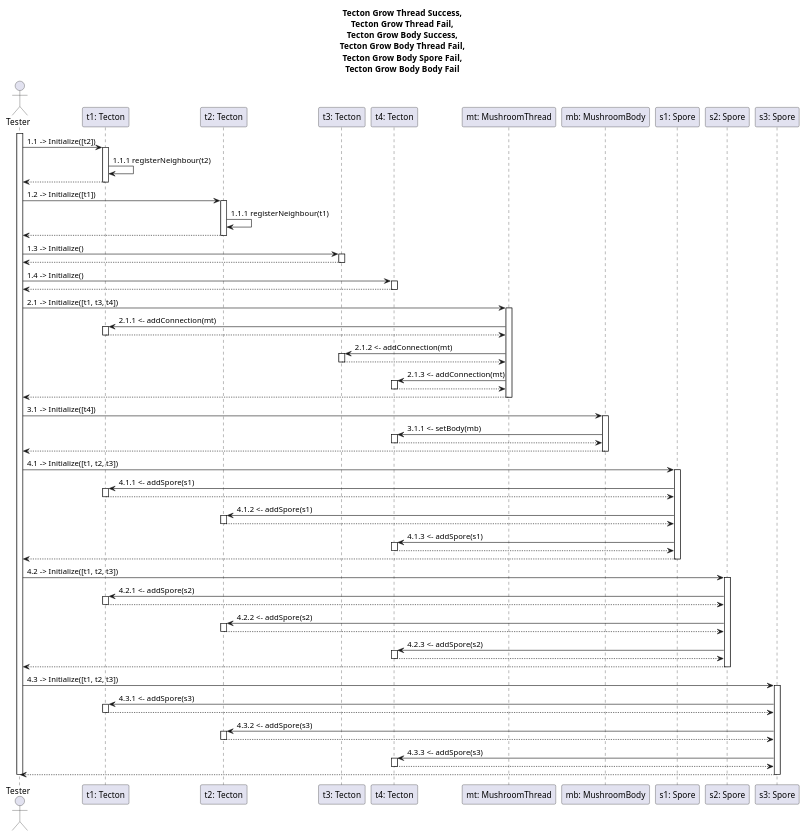
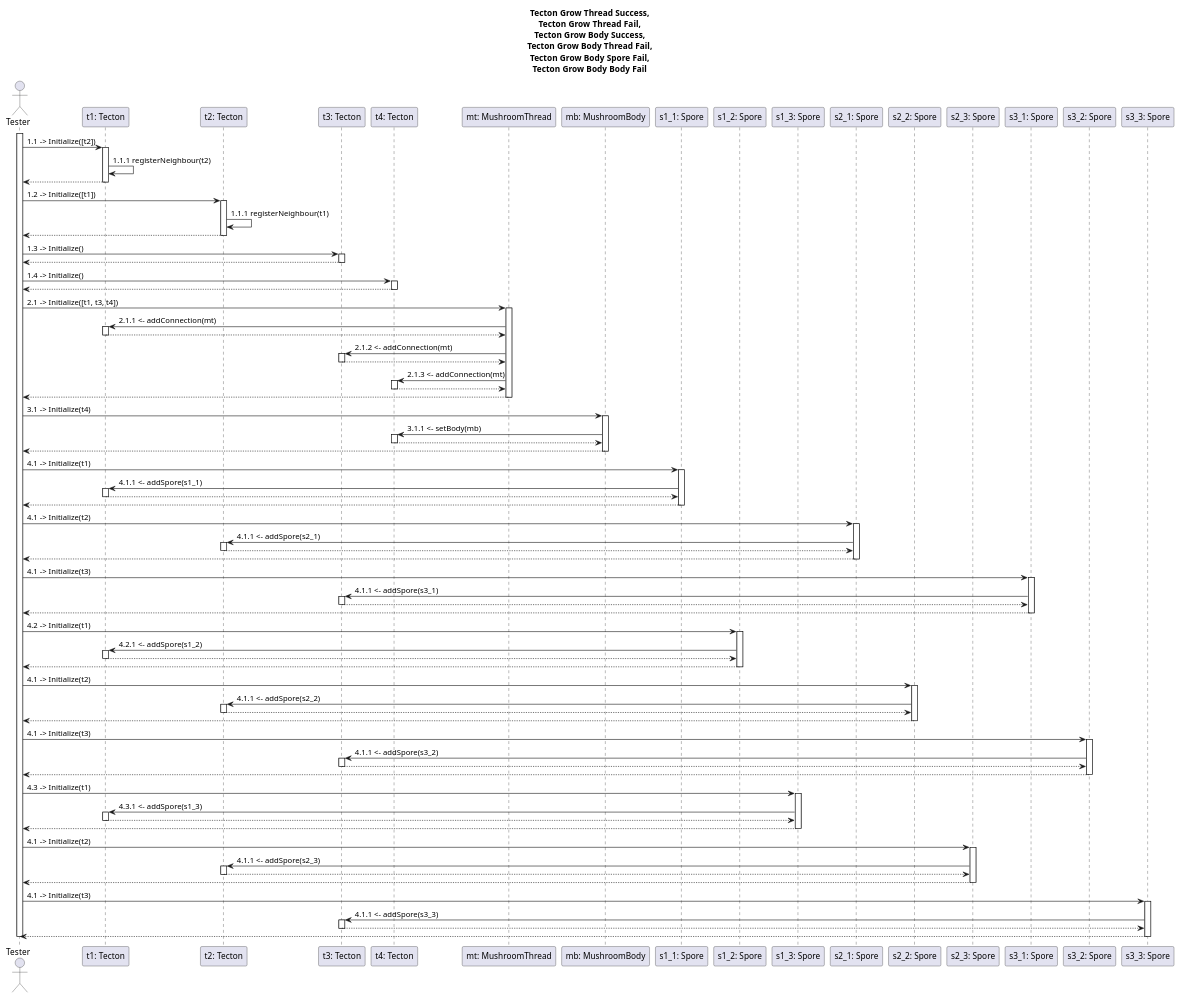
Before and after one commit to dzsem/projlab: the diagram in diagrams/communication/tecton3.puml, drawn with PlantUML. The commit also changed other lines of this file, not shown here.

Commit message:
added more Spores to tecton3.puml

```diff
--- a/diagrams/communication/tecton3.puml
+++ b/diagrams/communication/tecton3.puml
@@ -18,9 +18,15 @@
 participant "t4: Tecton" as t4
 participant "mt: MushroomThread" as mt
 participant "mb: MushroomBody" as mb
-participant "s1: Spore" as s1
-participant "s2: Spore" as s2
-participant "s3: Spore" as s3
+participant "s1_1: Spore" as s1_1
+participant "s1_2: Spore" as s1_2
+participant "s1_3: Spore" as s1_3
+participant "s2_1: Spore" as s2_1
+participant "s2_2: Spore" as s2_2
+participant "s2_3: Spore" as s2_3
+participant "s3_1: Spore" as s3_1
+participant "s3_2: Spore" as s3_2
+participant "s3_3: Spore" as s3_3
 
 activate ts
 
@@ -83,7 +89,7 @@
 
 ' ------------------------------------------
 ' body: t4-en nő
-ts -> mb: 3.1 -> Initialize([t4])
+ts -> mb: 3.1 -> Initialize(t4)
 activate mb
 
 mb -> t4: 3.1.1 <- setBody(mb)
@@ -95,74 +101,121 @@
 deactivate mb
 
 ' ------------------------------------------
-' minden spóra t1, t2, t3-on van
-' s1
-ts -> s1: 4.1 -> Initialize([t1, t2, t3])
-activate s1
+' s1_1: t1-en
+ts -> s1_1: 4.1 -> Initialize(t1)
+activate s1_1
 
-s1 -> t1: 4.1.1 <- addSpore(s1)
+s1_1 -> t1: 4.1.1 <- addSpore(s1_1)
 activate t1
-s1 <-- t1
+s1_1 <-- t1
 deactivate t1
 
-s1 -> t2: 4.1.2 <- addSpore(s1)
+ts <-- s1_1
+deactivate s1_1
+
+' ------------------------------------------
+' s2_1: t2-n
+ts -> s2_1: 4.1 -> Initialize(t2)
+activate s2_1
+
+s2_1 -> t2: 4.1.1 <- addSpore(s2_1)
 activate t2
-s1 <-- t2
+s2_1 <-- t2
 deactivate t2
 
-s1 -> t4: 4.1.3 <- addSpore(s1)
-activate t4
-s1 <-- t4
-deactivate t4
-
-ts <-- s1
-deactivate s1
+ts <-- s2_1
+deactivate s2_1
 
 ' ------------------------------------------
-' s2
-ts -> s2: 4.2 -> Initialize([t1, t2, t3])
-activate s2
+' s3_1: t3-on
+ts -> s3_1: 4.1 -> Initialize(t3)
+activate s3_1
 
-s2 -> t1: 4.2.1 <- addSpore(s2)
+s3_1 -> t3: 4.1.1 <- addSpore(s3_1)
+activate t3
+s3_1 <-- t3
+deactivate t3
+
+ts <-- s3_1
+deactivate s3_1
+
+' ------------------------------------------
+' s1_2: t1-en
+ts -> s1_2: 4.2 -> Initialize(t1)
+activate s1_2
+
+s1_2 -> t1: 4.2.1 <- addSpore(s1_2)
 activate t1
-s2 <-- t1
+s1_2 <-- t1
 deactivate t1
 
-s2 -> t2: 4.2.2 <- addSpore(s2)
+ts <-- s1_2
+deactivate s1_2
+
+' ------------------------------------------
+' s2_2: t2-n
+ts -> s2_2: 4.1 -> Initialize(t2)
+activate s2_2
+
+s2_2 -> t2: 4.1.1 <- addSpore(s2_2)
 activate t2
-s2 <-- t2
+s2_2 <-- t2
 deactivate t2
 
-s2 -> t4: 4.2.3 <- addSpore(s2)
-activate t4
-s2 <-- t4
-deactivate t4
-
-ts <-- s2
-deactivate s2
+ts <-- s2_2
+deactivate s2_2
 
 ' ------------------------------------------
-' s3
-ts -> s3: 4.3 -> Initialize([t1, t2, t3])
-activate s3
+' s3_2: t3-on
+ts -> s3_2: 4.1 -> Initialize(t3)
+activate s3_2
 
-s3 -> t1: 4.3.1 <- addSpore(s3)
+s3_2 -> t3: 4.1.1 <- addSpore(s3_2)
+activate t3
+s3_2 <-- t3
+deactivate t3
+
+ts <-- s3_2
+deactivate s3_2
+
+' ------------------------------------------
+' s1_3: t1-en
+ts -> s1_3: 4.3 -> Initialize(t1)
+activate s1_3
+
+s1_3 -> t1: 4.3.1 <- addSpore(s1_3)
 activate t1
-s3 <-- t1
+s1_3 <-- t1
 deactivate t1
 
-s3 -> t2: 4.3.2 <- addSpore(s3)
+ts <-- s1_3
+deactivate s1_3
+
+' ------------------------------------------
+' s2_3: t2-n
+ts -> s2_3: 4.1 -> Initialize(t2)
+activate s2_3
+
+s2_3 -> t2: 4.1.1 <- addSpore(s2_3)
 activate t2
-s3 <-- t2
+s2_3 <-- t2
 deactivate t2
 
-s3 -> t4: 4.3.3 <- addSpore(s3)
-activate t4
-s3 <-- t4
-deactivate t4
+ts <-- s2_3
+deactivate s2_3
 
-ts <-- s3
-deactivate s3
+' ------------------------------------------
+' s3_3: t3-on
+ts -> s3_3: 4.1 -> Initialize(t3)
+activate s3_3
+
+s3_3 -> t3: 4.1.1 <- addSpore(s3_3)
+activate t3
+s3_3 <-- t3
+deactivate t3
+
+ts <-- s3_3
+deactivate s3_3
 
 deactivate ts
 
```
